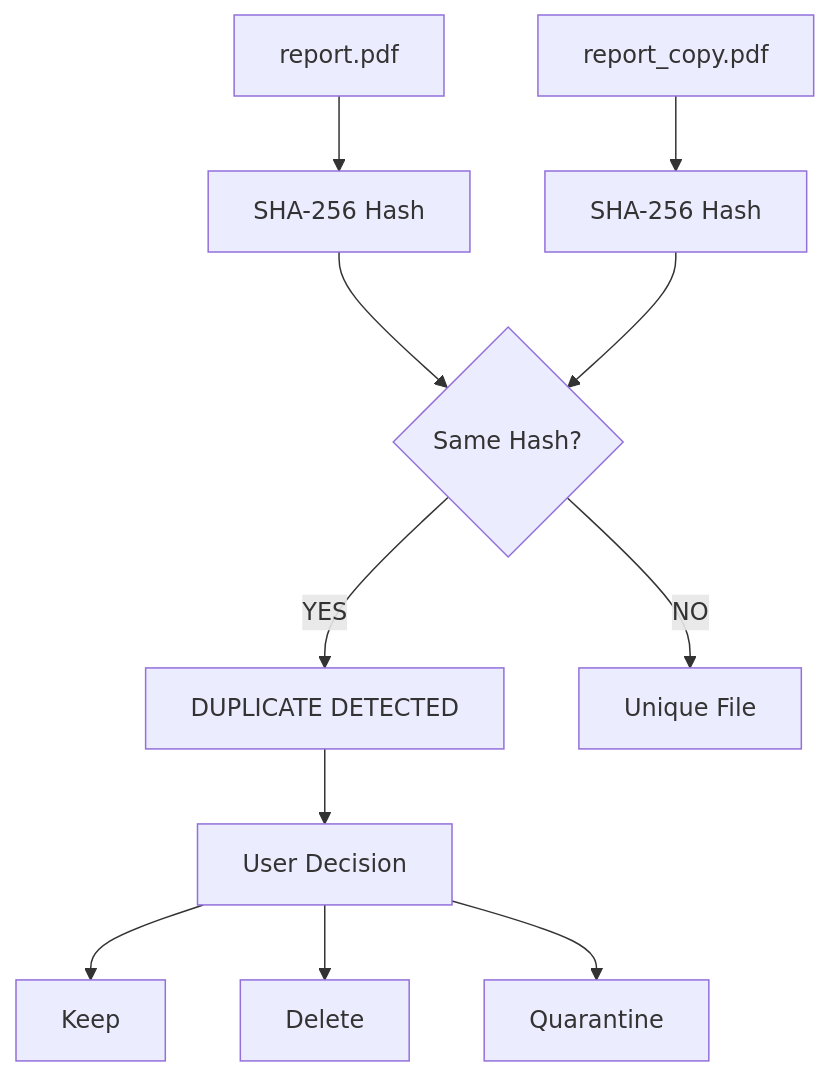
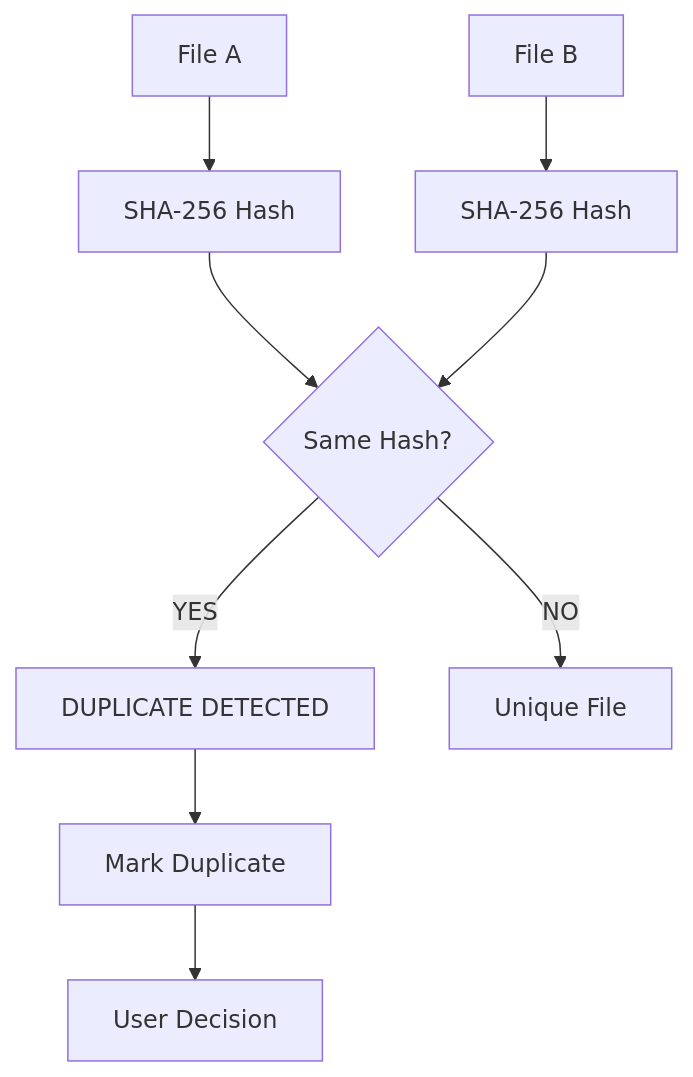
The sixth of 13 diagrams in README.md (khushi10-coder/OS-PROJECT), drawn with Mermaid before and after one commit. The commit also changed other lines of this file, not shown here.

````diff
--- a/README.md
+++ b/README.md
@@ -179,16 +317,14 @@
 ```mermaid
 flowchart TD
-    A["report.pdf"] --> B["SHA-256 Hash"]
-    C["report_copy.pdf"] --> D["SHA-256 Hash"]
+    A["File A"] --> B["SHA-256 Hash"]
+    C["File B"] --> D["SHA-256 Hash"]
 
     B --> E{"Same Hash?"}
     D --> E
 
     E -->|YES| F["DUPLICATE DETECTED"]
     E -->|NO| G["Unique File"]
 
-    F --> H["User Decision"]
-    H --> I["Keep"]
-    H --> J["Delete"]
-    H --> K["Quarantine"]
+    F --> H["Mark Duplicate"]
+    H --> I["User Decision"]
 ```
````
